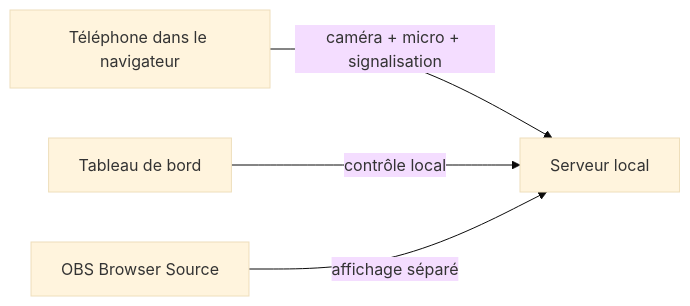
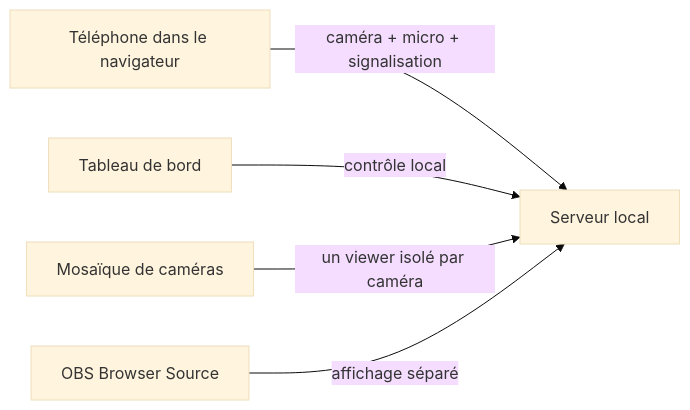
One commit to MasterBougli/BouCamPhoneServ changed the diagram in docs/ARCHITECTURE.fr.md. Above: the diagram before and after it, drawn with Mermaid (base theme). The commit also changed other lines of this file and 25 other files, not shown here.

````diff
--- a/docs/ARCHITECTURE.fr.md
+++ b/docs/ARCHITECTURE.fr.md
@@ -17,11 +17,13 @@
 ```mermaid
 flowchart LR
   Phone["Téléphone dans le navigateur"]
   Server["Serveur local"]
   Dashboard["Tableau de bord"]
+  Mosaic["Mosaïque de caméras"]
   OBS["OBS Browser Source"]
 
   Phone -->|"caméra + micro + signalisation"| Server
   Dashboard -->|"contrôle local"| Server
+  Mosaic -->|"un viewer isolé par caméra"| Server
   OBS -->|"affichage séparé"| Server
 ```
````
